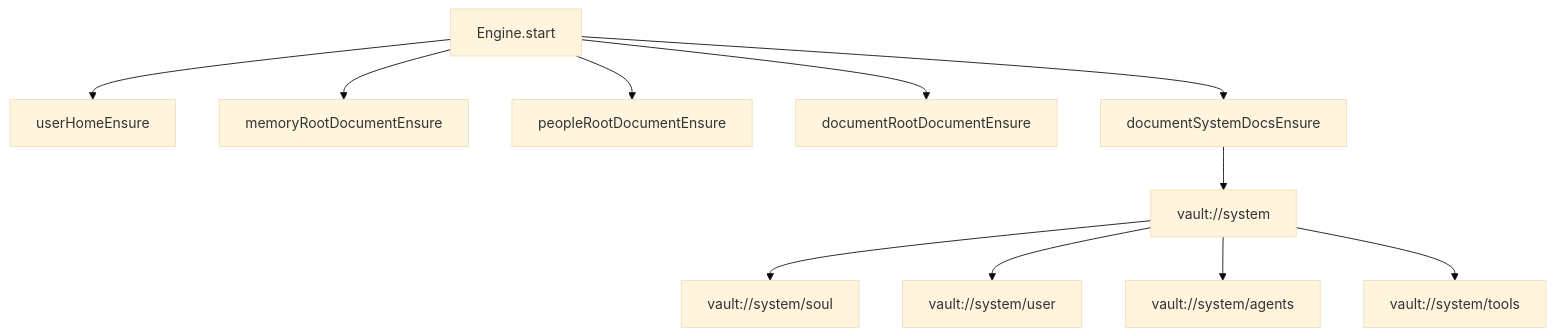
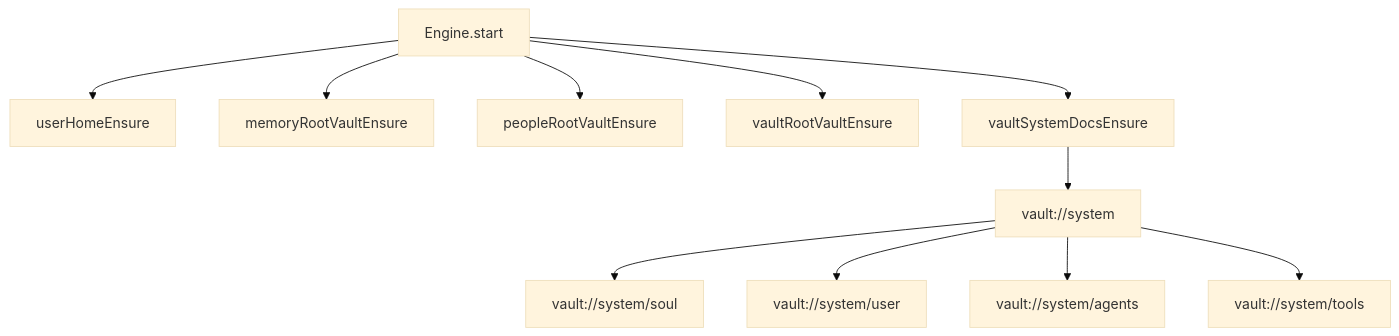
The first of 3 diagrams in doc/20260306-system-doc-store-migration.md (ex3ndr/daycare), drawn with Mermaid (base theme) before and after one commit. The commit also changed 186 other files, not shown here.

````diff
--- a/doc/20260306-system-doc-store-migration.md
+++ b/doc/20260306-system-doc-store-migration.md
@@ -18,13 +18,13 @@
 ```mermaid
 flowchart TD
     A[Engine.start] --> B[userHomeEnsure]
-    A --> C[memoryRootDocumentEnsure]
-    A --> D[peopleRootDocumentEnsure]
-    A --> E[documentRootDocumentEnsure]
-    A --> F[documentSystemDocsEnsure]
+    A --> C[memoryRootVaultEnsure]
+    A --> D[peopleRootVaultEnsure]
+    A --> E[vaultRootVaultEnsure]
+    A --> F[vaultSystemDocsEnsure]
     F --> G[vault://system]
     G --> H[vault://system/soul]
     G --> I[vault://system/user]
     G --> J[vault://system/agents]
     G --> K[vault://system/tools]
 ```
````
